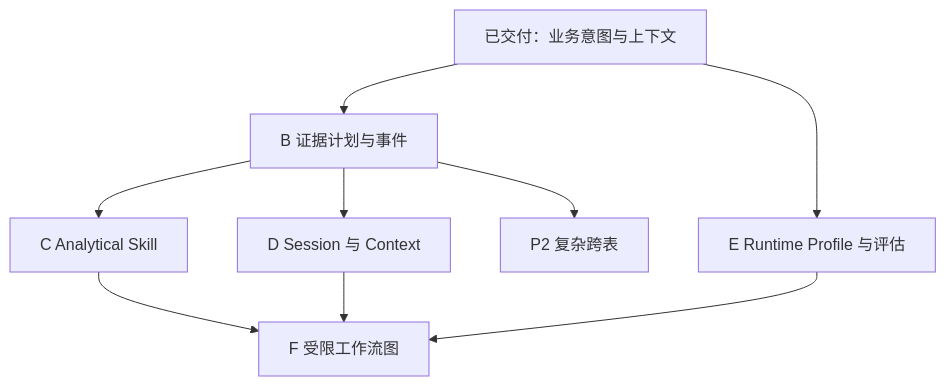
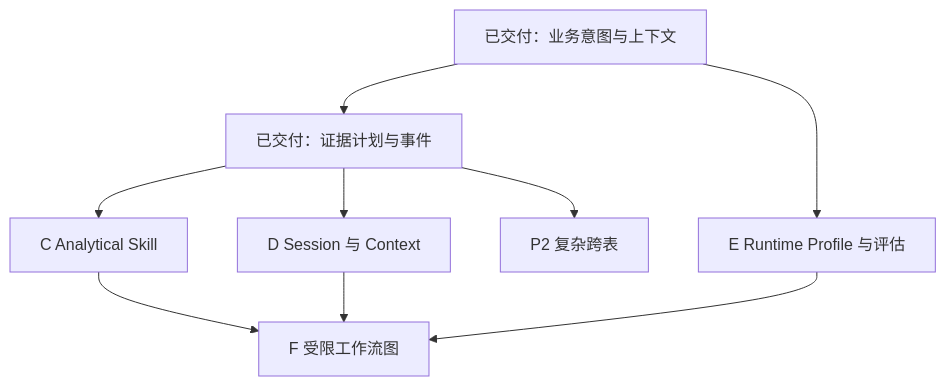
The second of 2 diagrams in docs/development-roadmap.md (LeoSasion/ontology-frontend-framework-type-c), drawn with Mermaid before and after one commit. The commit also changed other lines of this file and 20 other files, not shown here.

````diff
--- a/docs/development-roadmap.md
+++ b/docs/development-roadmap.md
@@ -241,11 +211,11 @@
 ```mermaid
 flowchart TD
-  A["已交付：业务意图与上下文"] --> B["B 证据计划与事件"]
+  A["已交付：业务意图与上下文"] --> B["已交付：证据计划与事件"]
   B --> C["C Analytical Skill"]
   B --> D["D Session 与 Context"]
   A --> E["E Runtime Profile 与评估"]
   C --> F["F 受限工作流图"]
   D --> F
   E --> F
   B --> X["P2 复杂跨表"]
 ```
````
